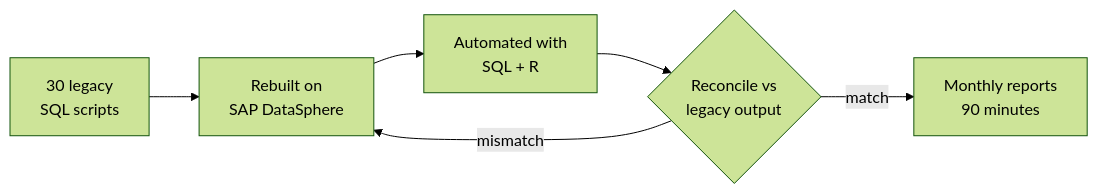
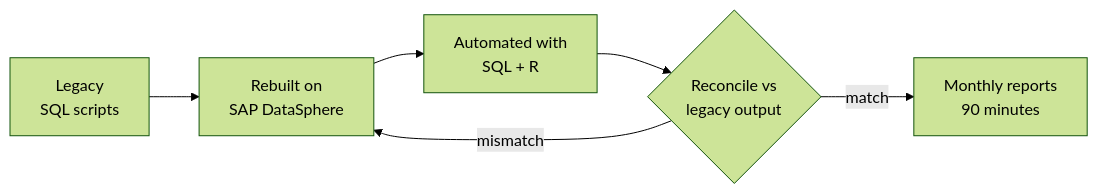
One commit to aleks-al-aleksandrov/aleks-al-aleksandrov changed the second of 2 diagrams in README.md. Above: the diagram before and after it, drawn with Mermaid (forest theme). The commit also changed other lines of this file, not shown here.

````diff
--- a/README.md
+++ b/README.md
@@ -67,8 +67,8 @@
 ```mermaid
 flowchart LR
-    A[30 legacy<br/>SQL scripts] --> B[Rebuilt on<br/>SAP DataSphere]
+    A[Legacy<br/>SQL scripts] --> B[Rebuilt on<br/>SAP DataSphere]
     B --> C[Automated with<br/>SQL + R]
     C --> D{Reconcile vs<br/>legacy output}
     D -- match --> E[Monthly reports<br/>90 minutes]
     D -- mismatch --> B
 ```
````
